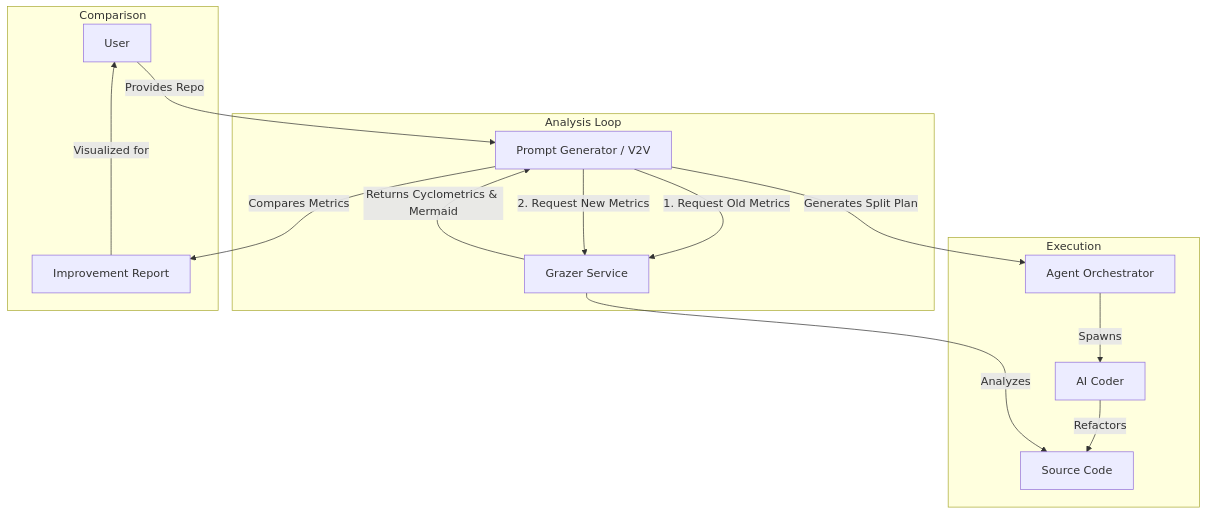
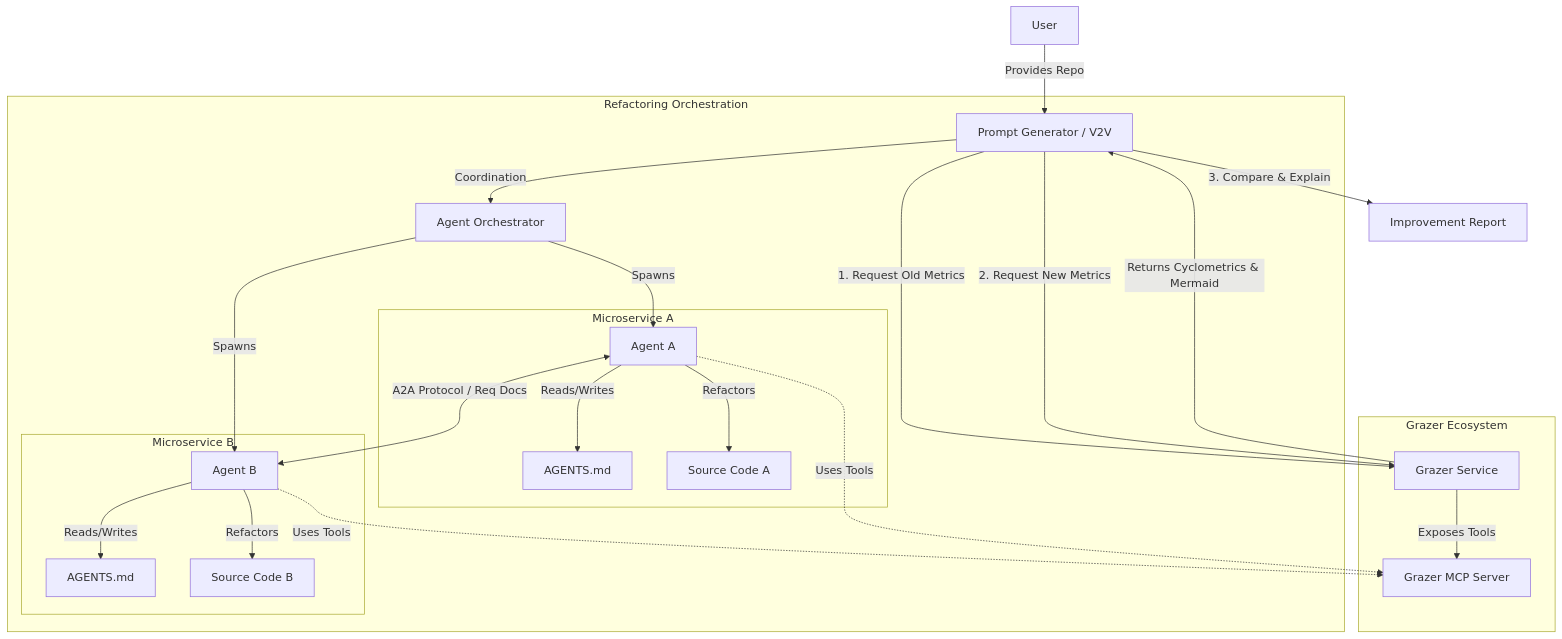
The diagram in diagrams/architecture.mmd (kirilligum/vibe2vibe-hackathon-251206), drawn with Mermaid before and after one commit. The commit also changed 3 other files, not shown here.

Commit message:
docs: Update architecture and workflow diagrams

```diff
--- a/diagrams/architecture.mmd
+++ b/diagrams/architecture.mmd
@@ -1,21 +1,45 @@
 graph TD
     User[User] -->|Provides Repo| PG[Prompt Generator / V2V]
     
-    subgraph "Analysis Loop"
-        PG -->|1. Request Old Metrics| Grazer[Grazer Service]
-        PG -->|2. Request New Metrics| Grazer
-        Grazer -->|Returns Cyclometrics & Mermaid| PG
+    subgraph "Grazer Ecosystem"
+        Grazer[Grazer Service]
+        MCP[Grazer MCP Server]
+        Grazer -->|Exposes Tools| MCP
     end
 
-    subgraph "Execution"
-        PG -->|Generates Split Plan| AgentOrch[Agent Orchestrator]
-        AgentOrch -->|Spawns| Agent[AI Coder]
-        Agent -->|Refactors| Repo[Source Code]
+    subgraph "Refactoring Orchestration"
+        PG -->|Coordination| AgentOrch[Agent Orchestrator]
+        
+        subgraph "Microservice A"
+            AgentA[Agent A]
+            ConfigA[AGENTS.md]
+            CodeA[Source Code A]
+            AgentA -->|Reads/Writes| ConfigA
+            AgentA -->|Refactors| CodeA
+        end
+
+        subgraph "Microservice B"
+            AgentB[Agent B]
+            ConfigB[AGENTS.md]
+            CodeB[Source Code B]
+            AgentB -->|Reads/Writes| ConfigB
+            AgentB -->|Refactors| CodeB
+        end
     end
 
-    subgraph "Comparison"
-        PG -->|Compares Metrics| Diff[Improvement Report]
-        Diff -->|Visualized for| User
-    end
+    %% Key Flow: PG talks to Grazer TWICE
+    PG -->|1. Request Old Metrics| Grazer
+    PG -->|2. Request New Metrics| Grazer
+    Grazer -->|Returns Cyclometrics & Mermaid| PG
 
-    Grazer -- Analyzes --> Repo
+    PG -->|3. Compare & Explain| Diff[Improvement Report]
+    
+    AgentOrch -->|Spawns| AgentA
+    AgentOrch -->|Spawns| AgentB
+
+    %% A2A Communication
+    AgentA <-->|A2A Protocol / Req Docs| AgentB
+    
+    %% Use MCP
+    AgentA -.->|Uses Tools| MCP
+    AgentB -.->|Uses Tools| MCP
```
